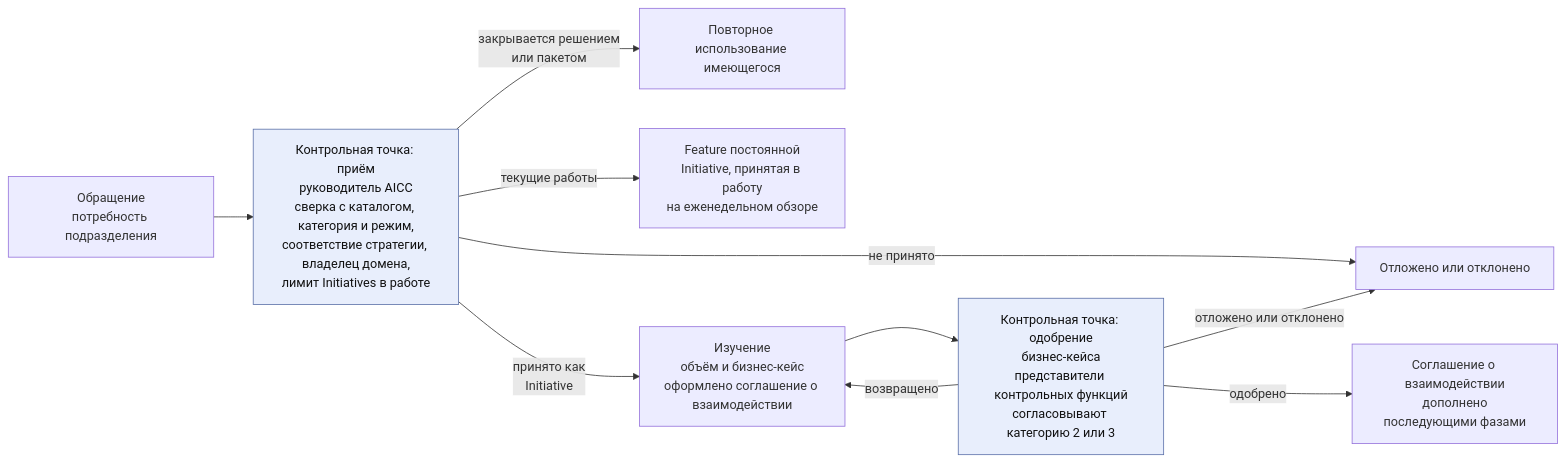
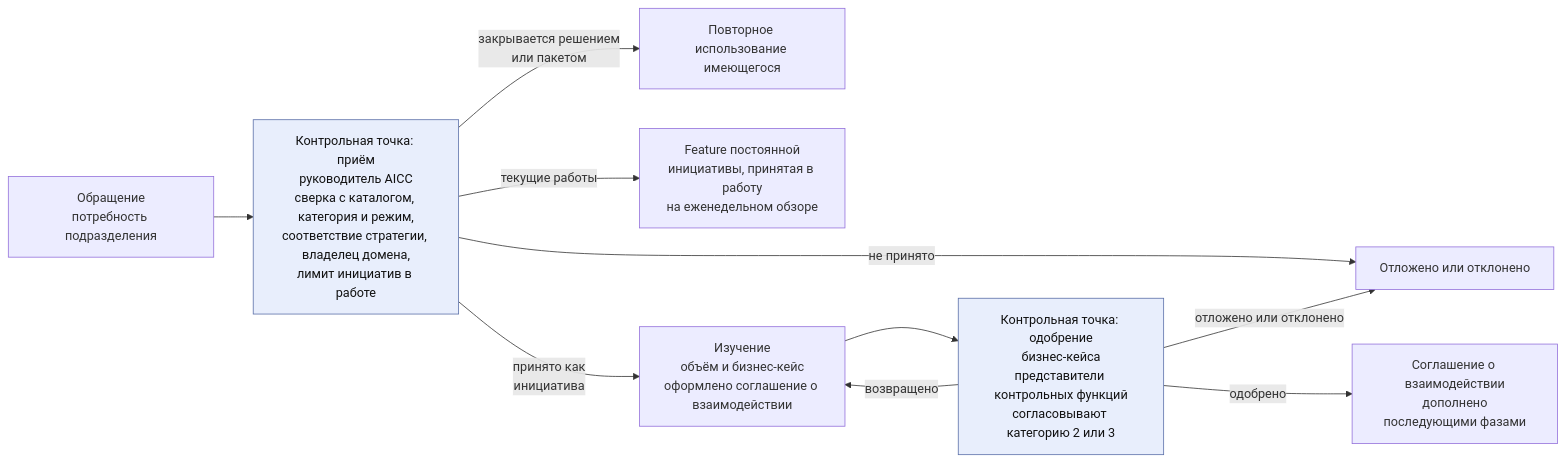
The first of 3 diagrams in charter/ru/workflows/engagement.md (devhogu/ob-aicc), drawn with Mermaid before and after one commit. The commit also changed other lines of this file and 150 other files, not shown here.

````diff
--- a/charter/ru/workflows/engagement.md
+++ b/charter/ru/workflows/engagement.md
@@ -21,14 +21,14 @@
 ```mermaid
 flowchart LR
-  C["Обращение<br/>потребность подразделения"] --> IN["Контрольная точка: приём<br/>руководитель AICC<br/>сверка с каталогом, категория и режим,<br/>соответствие стратегии, владелец домена,<br/>лимит Initiatives в работе"]
+  C["Обращение<br/>потребность подразделения"] --> IN["Контрольная точка: приём<br/>руководитель AICC<br/>сверка с каталогом, категория и режим,<br/>соответствие стратегии, владелец домена,<br/>лимит инициатив в работе"]
   IN -->|"закрывается решением<br/>или пакетом"| RU["Повторное использование имеющегося"]
-  IN -->|"текущие работы"| RR["Feature постоянной<br/>Initiative, принятая в работу<br/>на еженедельном обзоре"]
-  IN -->|"принято как<br/>Initiative"| ST["Изучение<br/>объём и бизнес-кейс<br/>оформлено соглашение о взаимодействии"]
+  IN -->|"текущие работы"| RR["Feature постоянной<br/>инициативы, принятая в работу<br/>на еженедельном обзоре"]
+  IN -->|"принято как<br/>инициатива"| ST["Изучение<br/>объём и бизнес-кейс<br/>оформлено соглашение о взаимодействии"]
   IN -->|"не принято"| DR["Отложено или отклонено"]
   ST --> AP["Контрольная точка: одобрение<br/>бизнес-кейса<br/>представители контрольных функций<br/>согласовывают категорию 2 или 3"]
   AP -->|"возвращено"| ST
   AP -->|"отложено или отклонено"| DR
   AP -->|"одобрено"| SA["Соглашение о взаимодействии<br/>дополнено<br/>последующими фазами"]
   classDef gate fill:#e8eefc,stroke:#5a6fa8,color:#111
   class IN,AP gate
 ```
````
